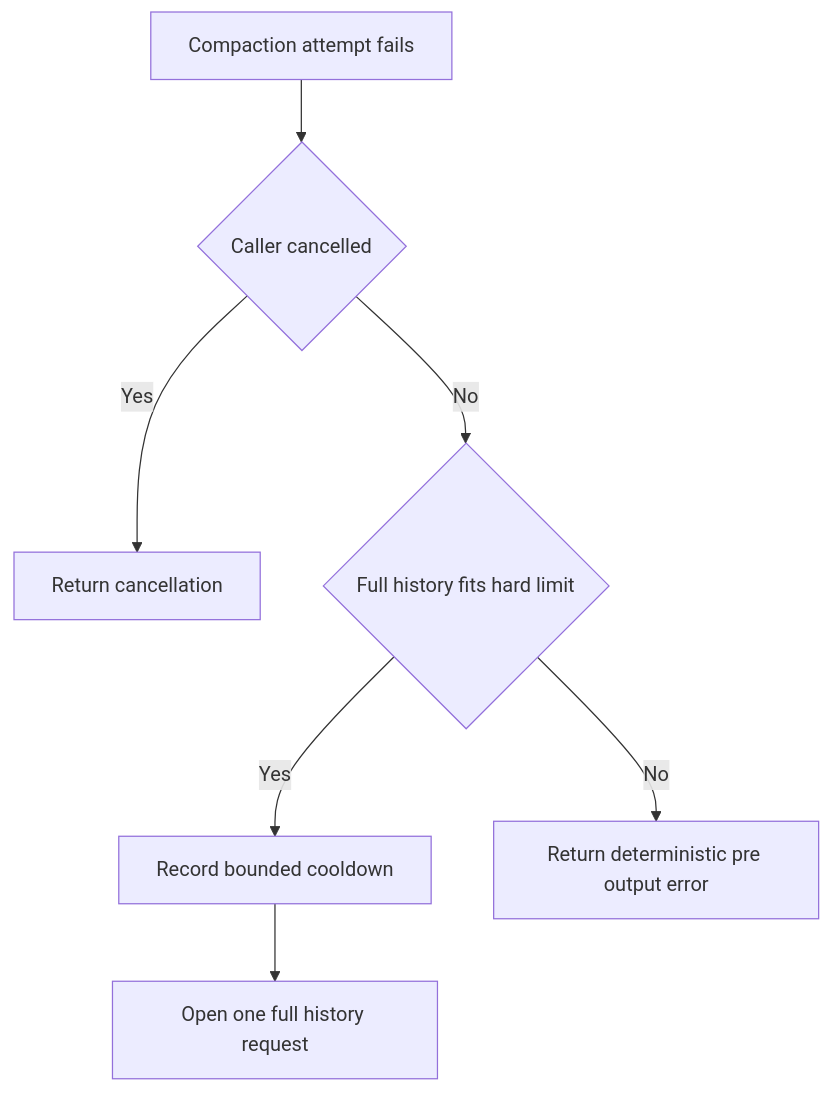
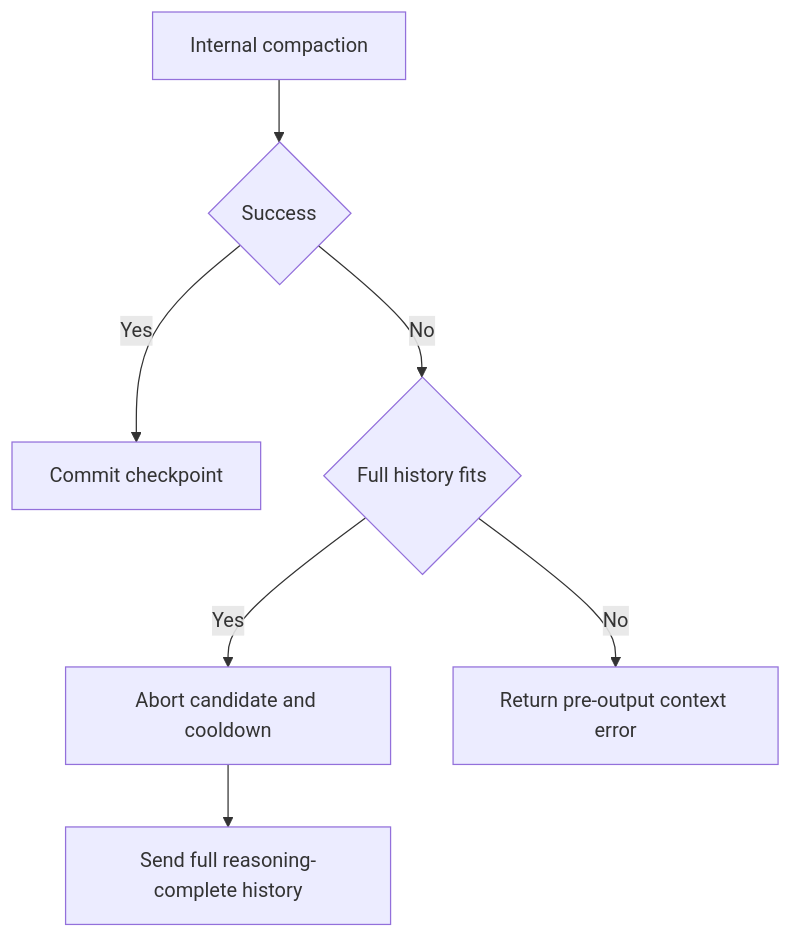
One commit to matdev83/go-llm-interactive-proxy changed the fifth of 5 diagrams in .kiro/specs/openai-codex-native-compaction/design.md. Above: the diagram before and after it, drawn with Mermaid. The commit also changed other lines of this file, not shown here.

Commit message:
spec: redesign Codex native context continuity

````diff
--- a/.kiro/specs/openai-codex-native-compaction/design.md
+++ b/.kiro/specs/openai-codex-native-compaction/design.md
@@ -621,9 +680,9 @@
 ```mermaid
 flowchart TD
-    Start[Compaction attempt fails] --> Cancelled{Caller cancelled}
-    Cancelled -->|Yes| ReturnCancel[Return cancellation]
-    Cancelled -->|No| Fits{Full history fits hard limit}
-    Fits -->|Yes| Cooldown[Record bounded cooldown]
-    Cooldown --> Full[Open one full history request]
-    Fits -->|No| Hard[Return deterministic pre output error]
+    Compact[Internal compaction] --> Result{Success}
+    Result -- Yes --> Commit[Commit checkpoint]
+    Result -- No --> Fit{Full history fits}
+    Fit -- Yes --> Abort[Abort candidate and cooldown]
+    Abort --> Full[Send full reasoning-complete history]
+    Fit -- No --> Hard[Return pre-output context error]
 ```
````
